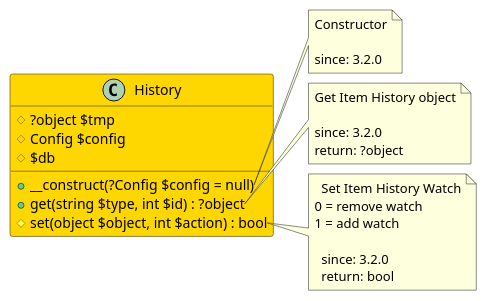
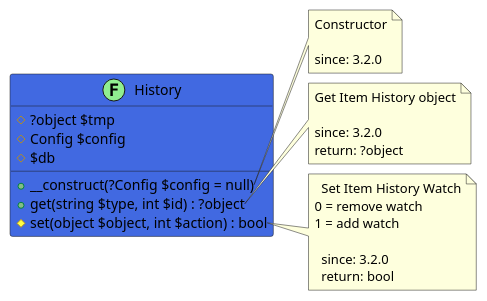
The diagram in src/25c7ca86-6088-4f5f-b9fe-13504779c6ba/README.md (joomengine/jcb-compiler), drawn with PlantUML before and after one commit. The commit also changed other lines of this file and 232 other files, not shown here.

````diff
--- a/src/25c7ca86-6088-4f5f-b9fe-13504779c6ba/README.md
+++ b/src/25c7ca86-6088-4f5f-b9fe-13504779c6ba/README.md
@@ -11,35 +11,35 @@
 ```uml
 @startuml
-class History  #Gold {
+class History << (F,LightGreen) >> #RoyalBlue {
   # ?object $tmp
   # Config $config
   # $db
   + __construct(?Config $config = null)
   + get(string $type, int $id) : ?object
   # set(object $object, int $action) : bool
 }
 
 note right of History::__construct
   Constructor
 
   since: 3.2.0
 end note
 
 note right of History::get
   Get Item History object
 
   since: 3.2.0
   return: ?object
 end note
 
 note right of History::set
   Set Item History Watch
 0 = remove watch
 1 = add watch
 
   since: 3.2.0
   return: bool
 end note
  
 @enduml
 ```
````
